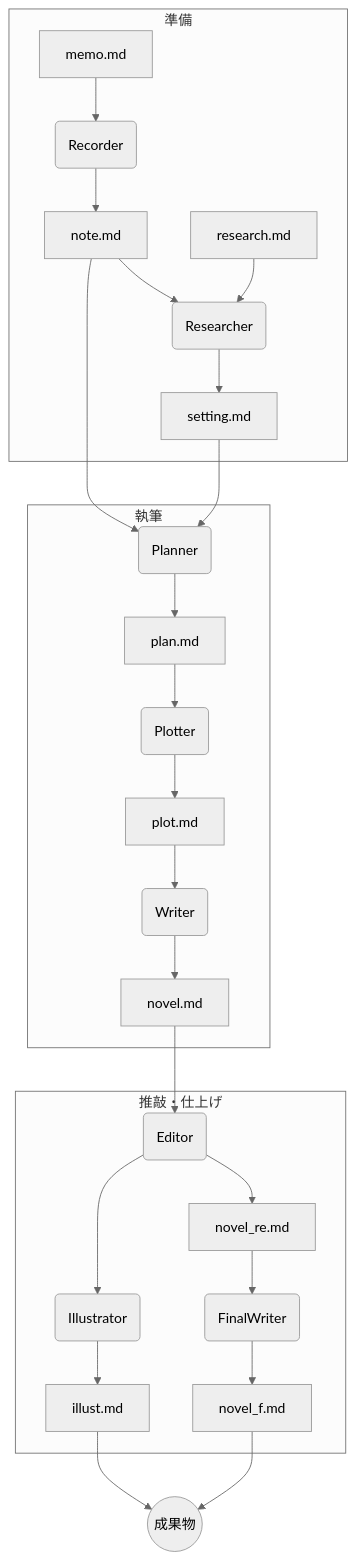
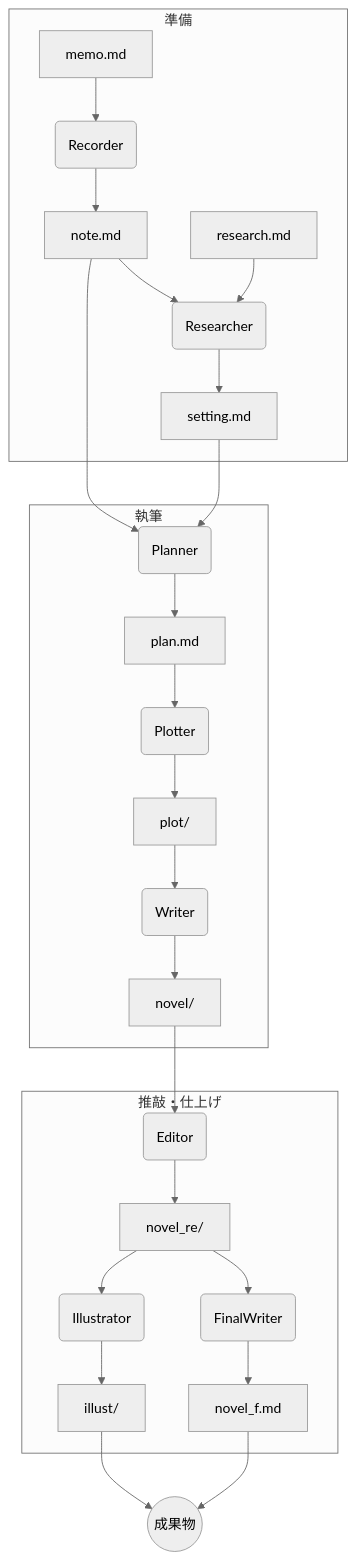
Before and after one commit to yomai-hiyashidewa/novel_workflow: the seventh of 7 diagrams in doc/technical_overview.md, drawn with Mermaid (neutral theme). The commit also changed other lines of this file and 7 other files, not shown here.

````diff
--- a/doc/technical_overview.md
+++ b/doc/technical_overview.md
@@ -91,29 +168,29 @@
 ```mermaid
 graph TD
     subgraph "準備"
         A[memo.md] --> B(Recorder);
         B --> C[note.md];
         D[research.md] & C --> E(Researcher);
         E --> F[setting.md];
     end
 
     subgraph "執筆"
         C & F --> G(Planner);
         G --> H[plan.md];
         H --> I(Plotter);
-        I --> J[plot.md];
+        I --> J[plot/];
         J --> K(Writer);
-        K --> L[novel.md];
+        K --> L[novel/];
     end
 
     subgraph "推敲・仕上げ"
         L --> M(Editor);
-        M --> N[novel_re.md];
+        M --> N[novel_re/];
         N --> O(FinalWriter);
         O --> P[novel_f.md];
-        M --> Q(Illustrator);
-        Q --> R[illust.md];
+        N --> Q(Illustrator);
+        Q --> R[illust/];
     end
 
     P & R --> S((成果物));
 ```
````
